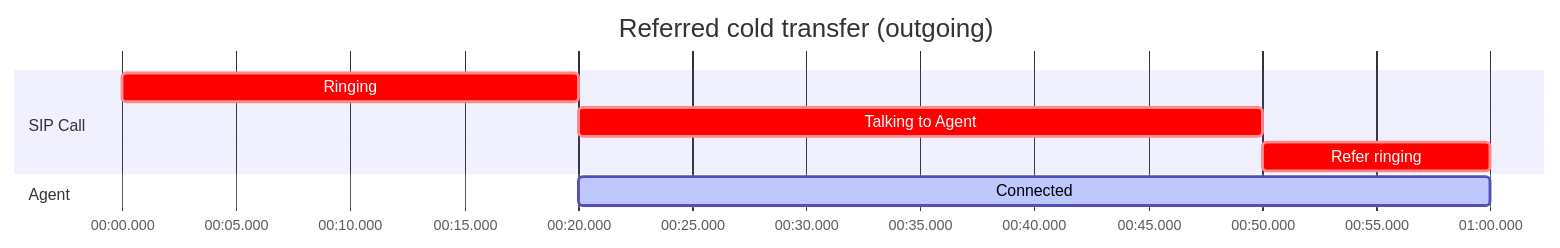
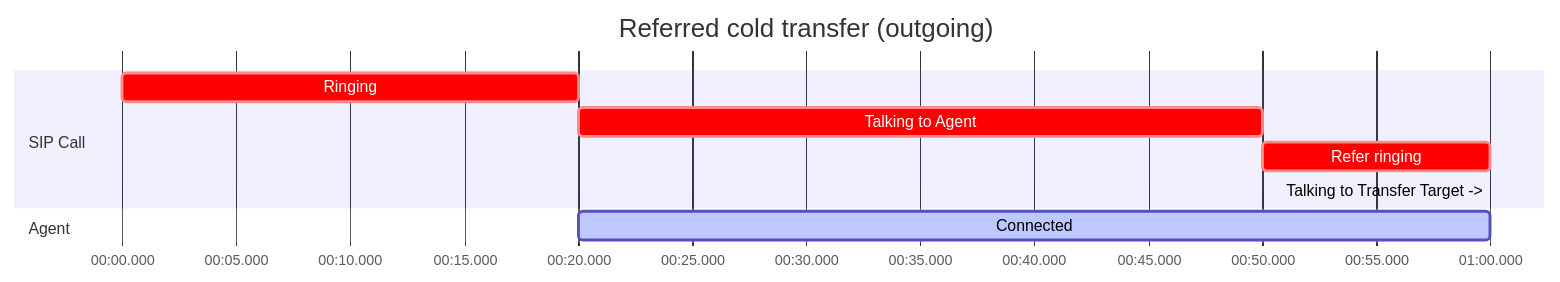
Before and after one commit to fixie-ai/ultradox: the third of 7 diagrams in telephony/sip.mdx, drawn with Mermaid. The commit also changed other lines of this file, not shown here.

````diff
--- a/telephony/sip.mdx
+++ b/telephony/sip.mdx
@@ -174,14 +174,15 @@
 ```mermaid
 gantt
     title Referred cold transfer (outgoing)
     dateFormat x
     axisFormat %M:%S.%L
 
     section SIP Call
     Ringing                    :crit, 0, 20000ms
     Talking to Agent           :crit, 30000ms
     Refer ringing              :crit, 10000ms
+    Talking to Transfer Target -> :crit, 0ms
 
     section Agent
     Connected                  :active, 20000, 40000ms
 ```
````
